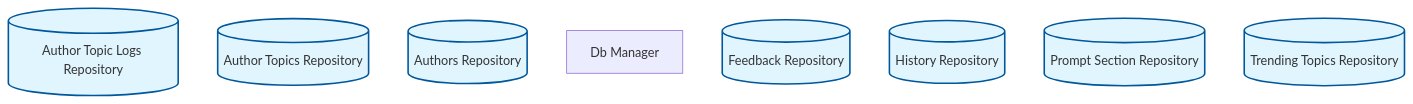
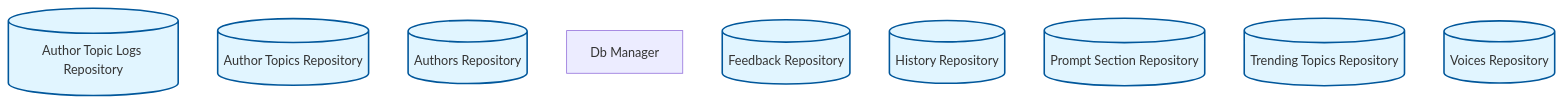
The eighth of 10 diagrams in docs/feature-report.md (rpnunez/wp-ai-scheduler), drawn with Mermaid before and after one commit. The commit also changed other lines of this file, not shown here.

````diff
--- a/docs/feature-report.md
+++ b/docs/feature-report.md
@@ -311,19 +316,20 @@
 ```mermaid
 flowchart TD
     %% Database Architecture
 
     Author_Topic_Logs_Repository[("Author Topic Logs Repository")]
     Author_Topics_Repository[("Author Topics Repository")]
     Authors_Repository[("Authors Repository")]
     DB_Manager["Db Manager"]
     Feedback_Repository[("Feedback Repository")]
     History_Repository[("History Repository")]
     Prompt_Section_Repository[("Prompt Section Repository")]
     Trending_Topics_Repository[("Trending Topics Repository")]
+    Voices_Repository[("Voices Repository")]
 
 
     classDef repository fill:#e1f5ff,stroke:#01579b,stroke-width:2px
     classDef service fill:#fff3e0,stroke:#e65100,stroke-width:2px
     classDef controller fill:#f3e5f5,stroke:#4a148c,stroke-width:2px
-    class Author_Topic_Logs_Repository,Author_Topics_Repository,Authors_Repository,Feedback_Repository,History_Repository,Prompt_Section_Repository,Trending_Topics_Repository repository
+    class Author_Topic_Logs_Repository,Author_Topics_Repository,Authors_Repository,Feedback_Repository,History_Repository,Prompt_Section_Repository,Trending_Topics_Repository,Voices_Repository repository
 ```
````
